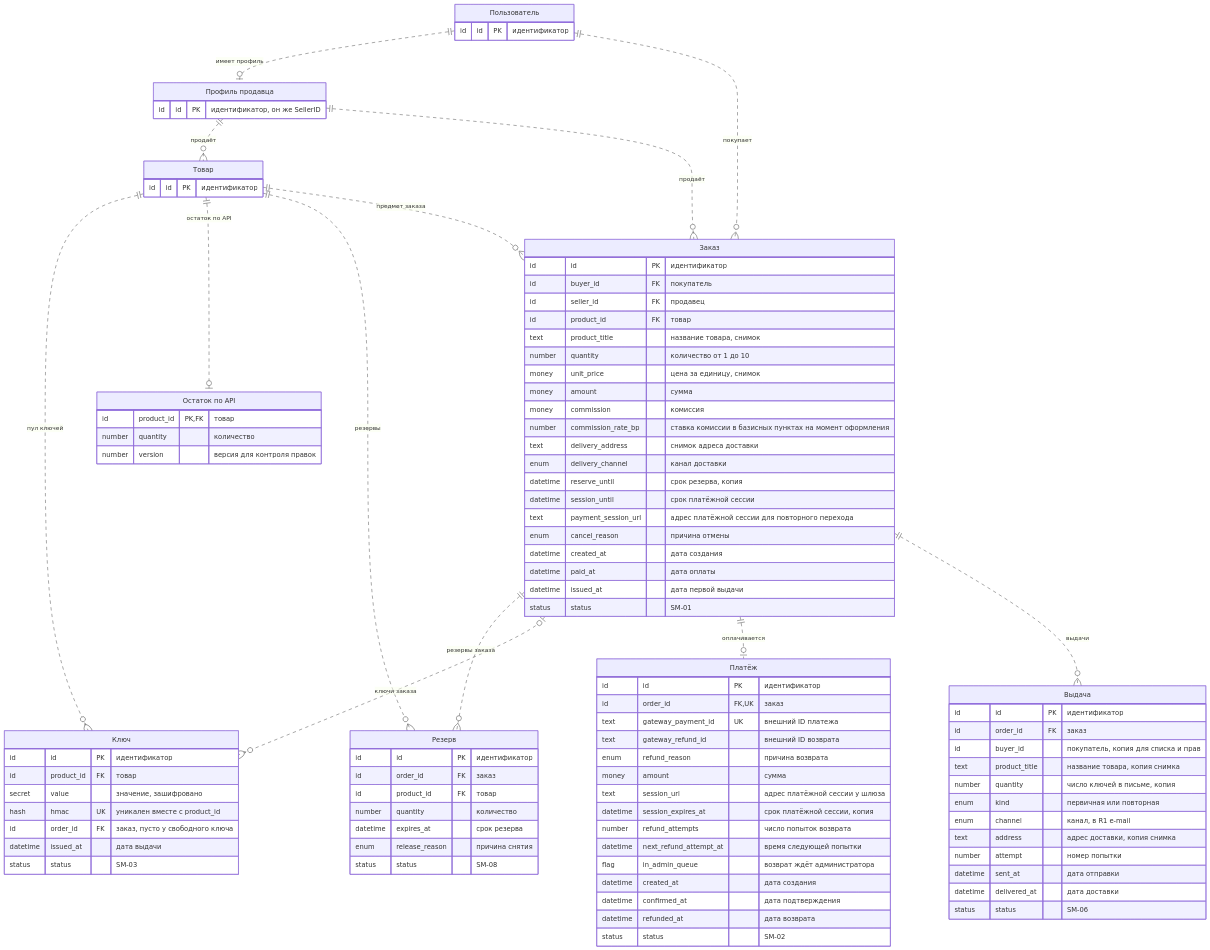
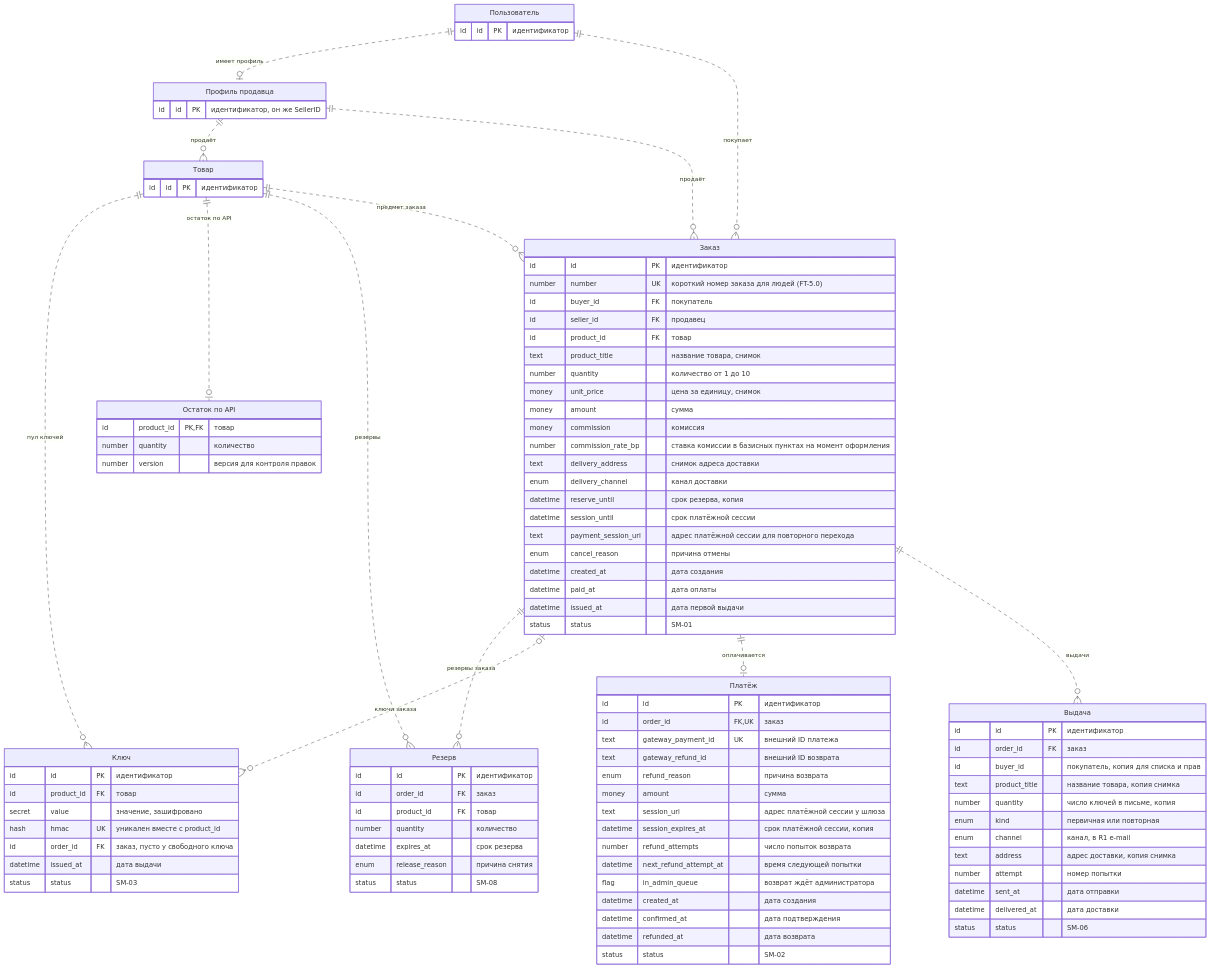
The third of 6 diagrams in docs/04-domain/logical-er.md (Lapin143/digital-goods-marketplace), drawn with Mermaid before and after one commit. The commit also changed 41 other files, not shown here.

First line of the commit message:
feat(contracts): решения v1.6 внесены в схему и контракты: номер заказа (orders.number, orderNumber в API и событиях), параметр orders.max-unpaid, ошибка unpaid-orders-limit (39 типов); модель угроз, роли, SEQ, отчёт Ф3 закрывают замечания v1.6

```diff
--- a/docs/04-domain/logical-er.md
+++ b/docs/04-domain/logical-er.md
@@ -205,6 +205,7 @@
     }
     ORDER["Заказ"] {
         id id PK "идентификатор"
+        number number UK "короткий номер заказа для людей (FT-5.0)"
         id buyer_id FK "покупатель"
         id seller_id FK "продавец"
         id product_id FK "товар"
```
